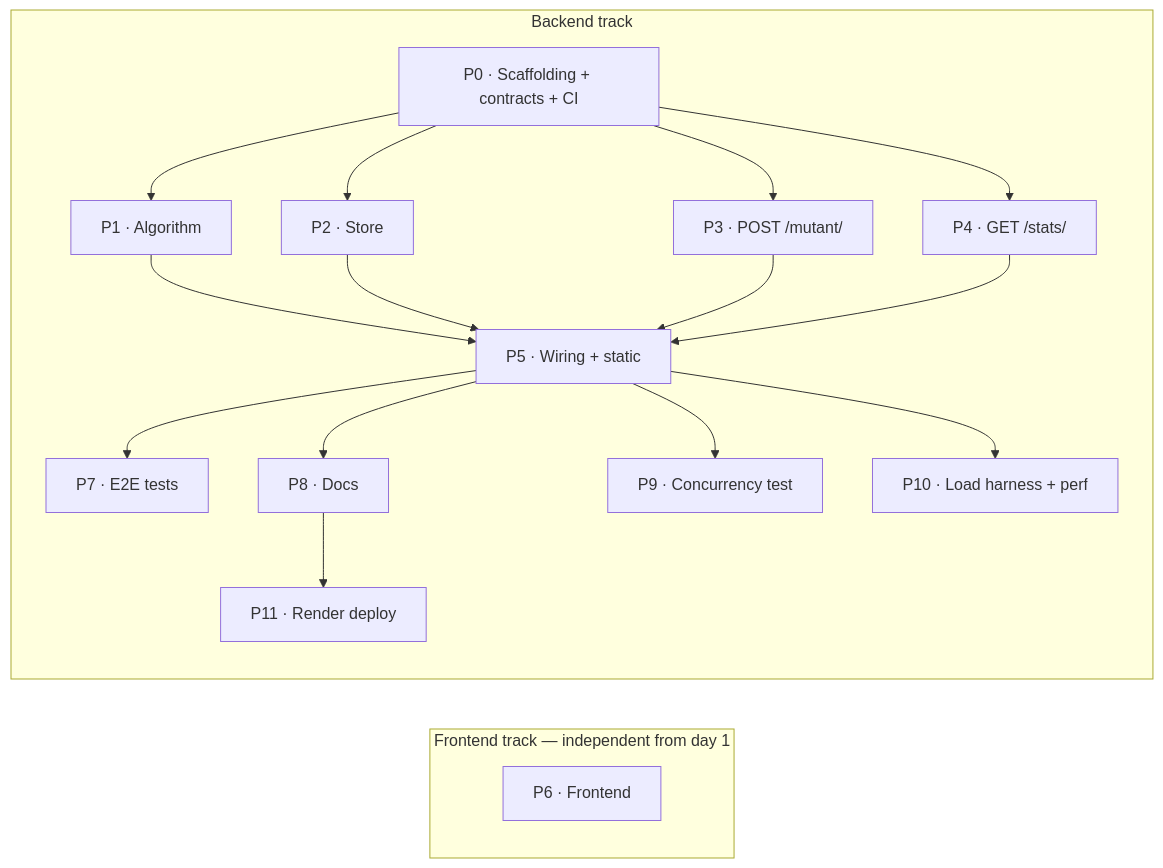
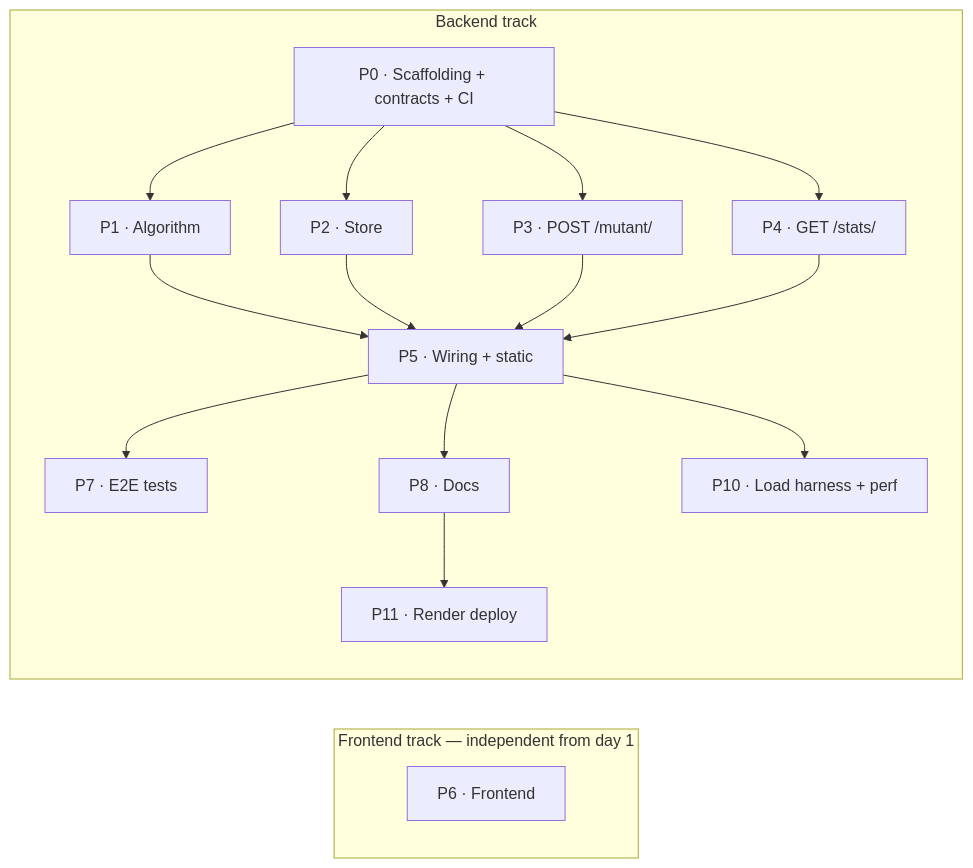
The diagram in plan.md (ShreyKumar/rif-take-home-challenge), drawn with Mermaid before and after one commit. The commit also changed other lines of this file and 1 other file, not shown here.

First line of the commit message:
docs: drop the standalone concurrency-stress phase (P9)

````diff
--- a/plan.md
+++ b/plan.md
@@ -23,22 +23,21 @@
 ```mermaid
 flowchart LR
     subgraph fe [Frontend track — independent from day 1]
         P6[P6 · Frontend]
     end
     subgraph be [Backend track]
         P0[P0 · Scaffolding + contracts + CI]
         P0 --> P1[P1 · Algorithm]
         P0 --> P2[P2 · Store]
         P0 --> P3[P3 · POST /mutant/]
         P0 --> P4[P4 · GET /stats/]
         P1 --> P5[P5 · Wiring + static]
         P2 --> P5
         P3 --> P5
         P4 --> P5
         P5 --> P7[P7 · E2E tests]
         P5 --> P8[P8 · Docs]
-        P5 --> P9[P9 · Concurrency test]
         P5 --> P10[P10 · Load harness + perf]
         P8 --> P11[P11 · Render deploy]
     end
 ```
````
